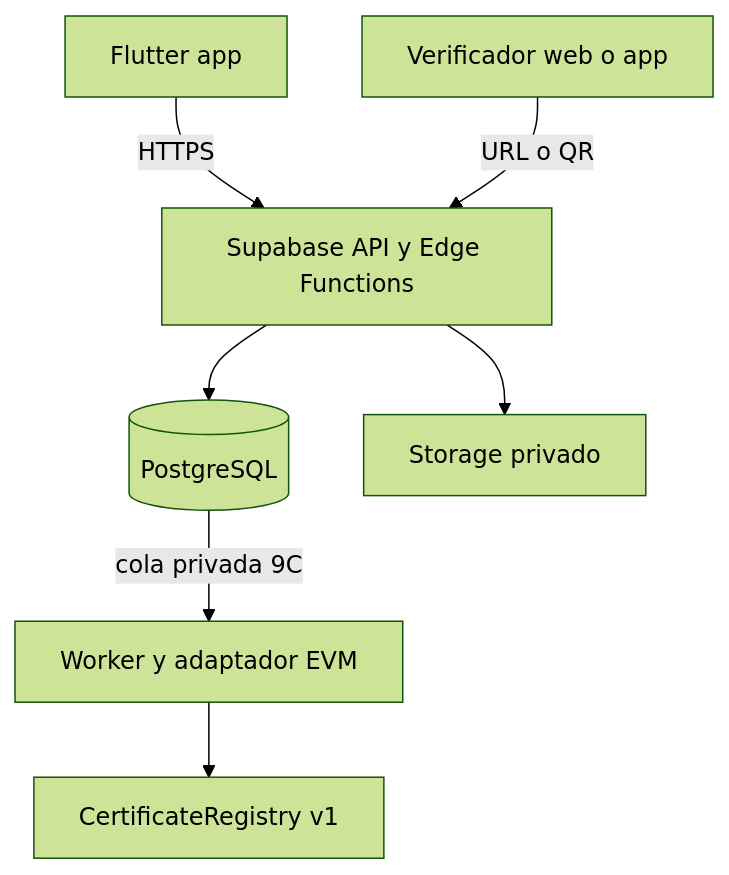
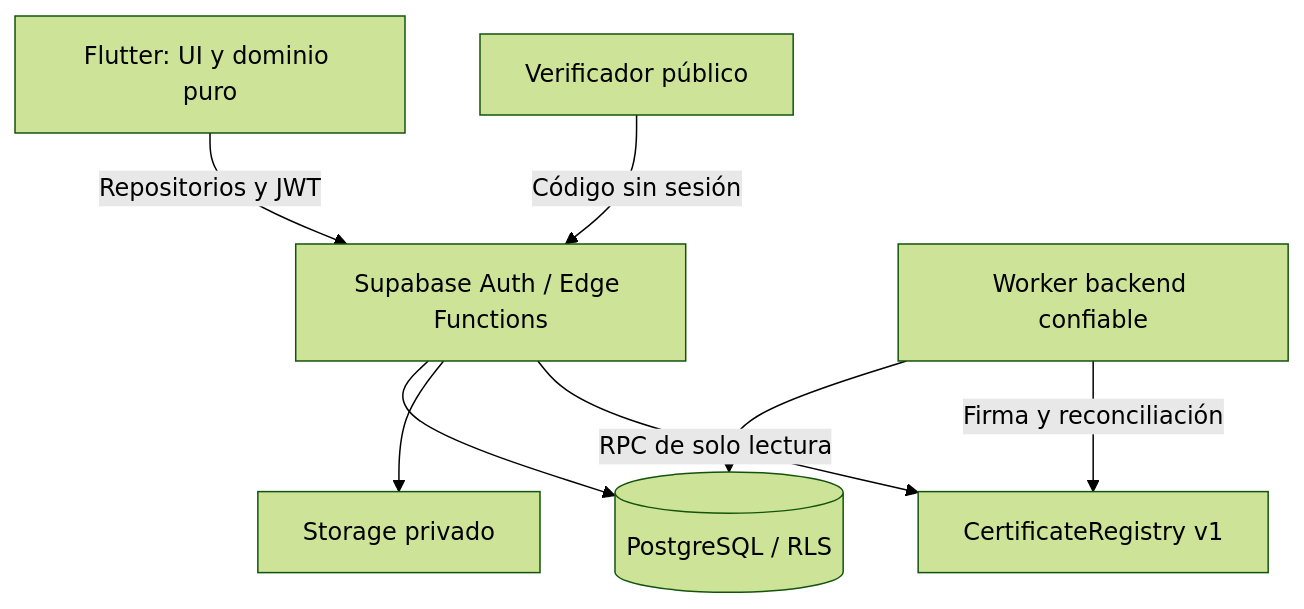
Before and after one commit to benjvm/certichain: the diagram in docs/ARCHITECTURE.md, drawn with Mermaid (forest theme). The commit also changed other lines of this file and 41 other files, not shown here.

````diff
--- a/docs/ARCHITECTURE.md
+++ b/docs/ARCHITECTURE.md
@@ -25,9 +7,10 @@
 ```mermaid
 flowchart TD
-    A[Flutter app] -->|HTTPS| B[Supabase API y Edge Functions]
-    B --> C[(PostgreSQL)]
+    A[Flutter: UI y dominio puro] -->|Repositorios y JWT| B[Supabase Auth / Edge Functions]
+    V[Verificador público] -->|Código sin sesión| B
+    B --> C[(PostgreSQL / RLS)]
     B --> D[Storage privado]
-    C -->|cola privada 9C| E[Worker y adaptador EVM]
-    E --> F[CertificateRegistry v1]
-    G[Verificador web o app] -->|URL o QR| B
+    W[Worker backend confiable] --> C
+    W -->|Firma y reconciliación| E[CertificateRegistry v1]
+    B -->|RPC de solo lectura| E
 ```
````
